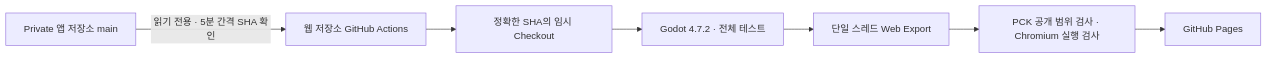
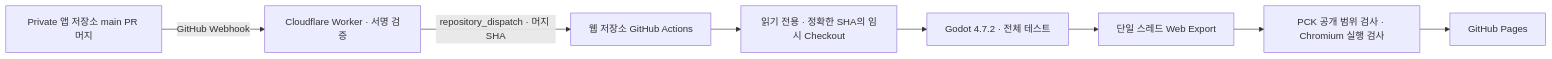
The diagram in README.md (neuma573/quiet-solitaire-web), drawn with Mermaid before and after one commit. The commit also changed other lines of this file and 10 other files, not shown here.

````diff
--- a/README.md
+++ b/README.md
@@ -12,9 +12,10 @@
 ```mermaid
 flowchart LR
-    A[Private 앱 저장소 main] -->|읽기 전용 · 5분 간격 SHA 확인| B[웹 저장소 GitHub Actions]
-    B --> C[정확한 SHA의 임시 Checkout]
+    A[Private 앱 저장소 main PR 머지] -->|GitHub Webhook| W[Cloudflare Worker · 서명 검증]
+    W -->|repository_dispatch · 머지 SHA| B[웹 저장소 GitHub Actions]
+    B --> C[읽기 전용 · 정확한 SHA의 임시 Checkout]
     C --> D[Godot 4.7.2 · 전체 테스트]
     D --> E[단일 스레드 Web Export]
     E --> F[PCK 공개 범위 검사 · Chromium 실행 검사]
     F --> G[GitHub Pages]
 ```
````
